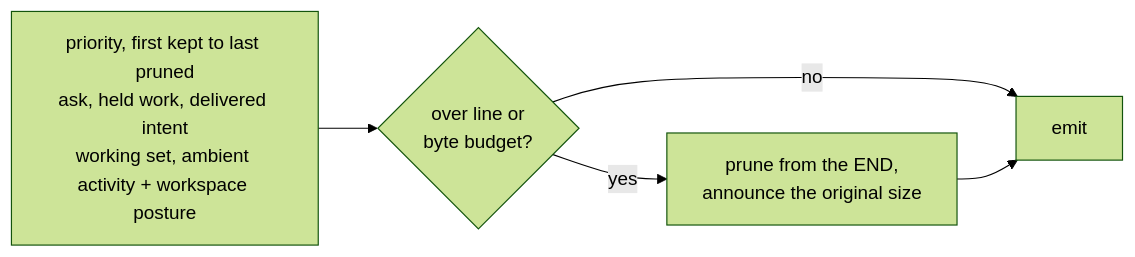
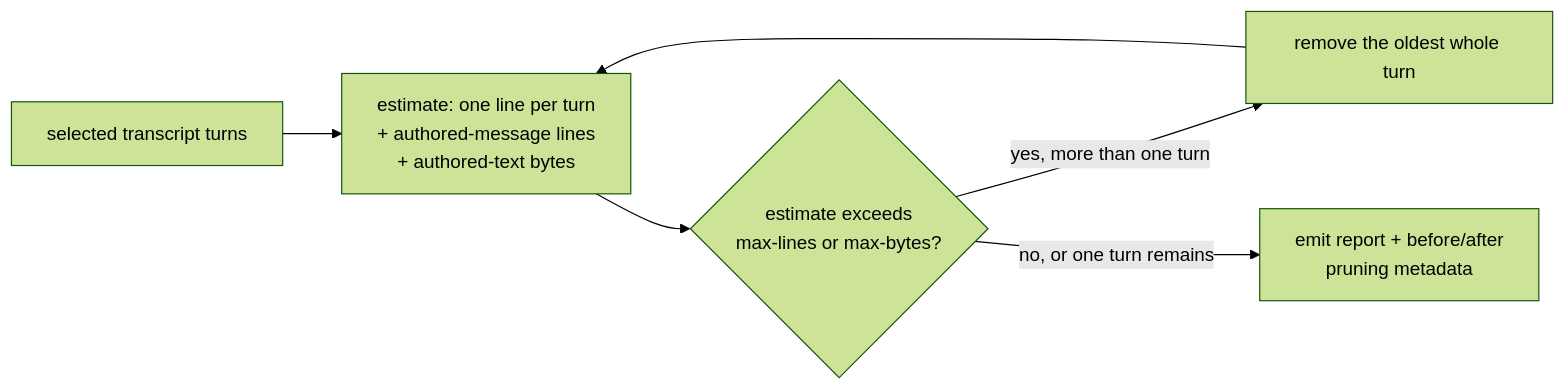
One commit to infimalabs/spice-rust changed the fourth of 11 diagrams in docs/product/planes/session.md. Above: the diagram before and after it, drawn with Mermaid (forest theme). The commit also changed other lines of this file and 120 other files, not shown here.

````diff
--- a/docs/product/planes/session.md
+++ b/docs/product/planes/session.md
@@ -131,7 +142,8 @@
 ```mermaid
 flowchart LR
-  S["priority, first kept to last pruned<br/>ask, held work, delivered intent<br/>working set, ambient activity + workspace posture"] --> C{"over line or<br/>byte budget?"}
-  C -- yes --> P["prune from the END,<br/>announce the original size"]
-  C -- no --> E[emit]
+  S["selected transcript turns"] --> E["estimate: one line per turn<br/>+ authored-message lines<br/>+ authored-text bytes"]
+  E --> C{"estimate exceeds<br/>max-lines or max-bytes?"}
+  C -- "yes, more than one turn" --> P["remove the oldest whole turn"]
   P --> E
+  C -- "no, or one turn remains" --> O["emit report + before/after<br/>pruning metadata"]
 ```
````
